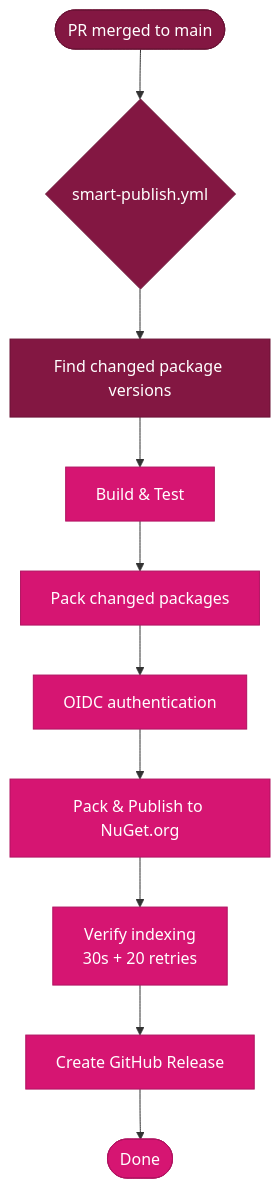
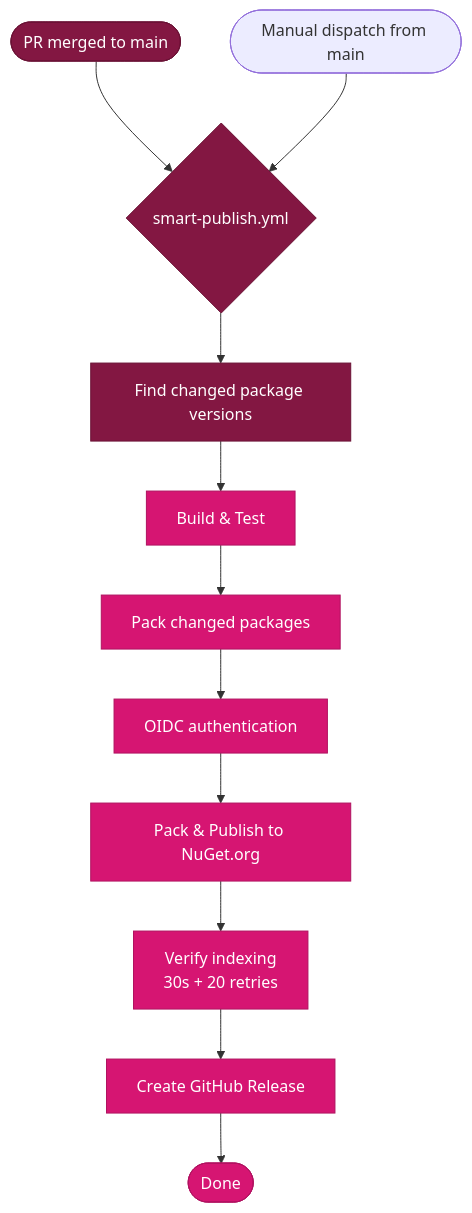
The diagram in docs/wiki/Smart-Publish-Guide.md (acontplus/acontplus-dotnet-libs), drawn with Mermaid before and after one commit. The commit also changed other lines of this file and 2 other files, not shown here.

Commit message:
docs(workflows): update smart-publish guide for manual recovery mode (#183)

````diff
--- a/docs/wiki/Smart-Publish-Guide.md
+++ b/docs/wiki/Smart-Publish-Guide.md
@@ -48,19 +72,20 @@
 ```mermaid
 flowchart TD
   A([PR merged to main]) --> B{smart-publish.yml}
+  R([Manual dispatch from main]) --> B
   B --> C[Find changed package versions]
   C --> D[Build & Test]
   D --> E[Pack changed packages]
   E --> F[OIDC authentication]
   F --> G[Pack & Publish to NuGet.org]
   G --> H[Verify indexing<br/>30s + 20 retries]
   H --> I[Create GitHub Release]
   I --> J([Done])
 
   classDef green fill:#d61572,color:#fff,stroke:#b01260
   classDef orange fill:#0a7db5,color:#fff,stroke:#085e8a
   classDef blue fill:#831742,color:#fff,stroke:#6a1235
 
   class D,E,F,G,H,I,J green
   class A,B,C blue
 ```
````
